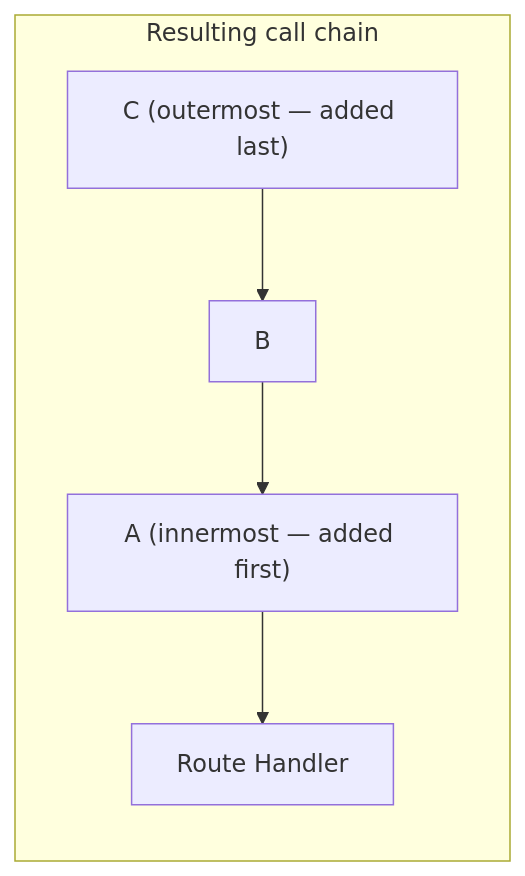
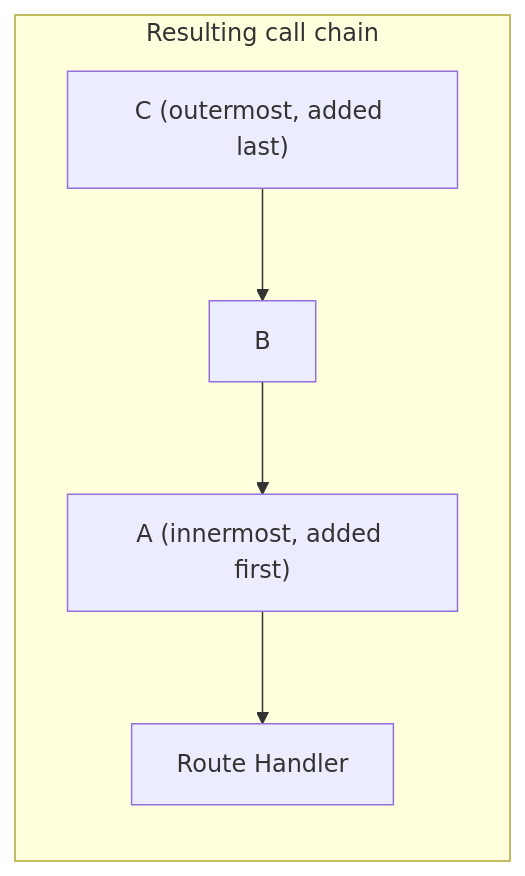
Diagram 13 of 17 in docs/docs/src/content/docs/advanced/middleware.md (sillohq/core), drawn with Mermaid before and after one commit. The commit also changed other lines of this file and 233 other files, not shown here.

````diff
--- a/docs/docs/src/content/docs/advanced/middleware.md
+++ b/docs/docs/src/content/docs/advanced/middleware.md
@@ -1100,11 +1108,11 @@
 ```mermaid
 graph TB
     subgraph "Resulting call chain"
         direction TB
-        C["C (outermost — added last)"]
+        C["C (outermost, added last)"]
         B["B"]
-        A["A (innermost — added first)"]
+        A["A (innermost, added first)"]
         H["Route Handler"]
         C --> B --> A --> H
     end
 ```
````
